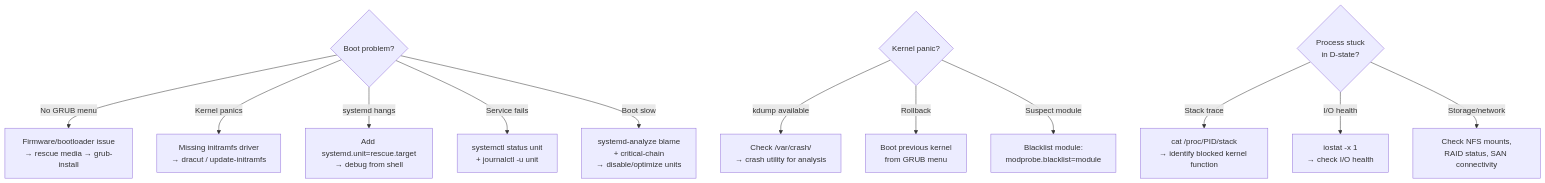
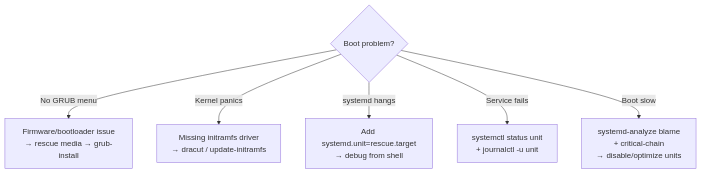
Before and after one commit to SanjeevMurthy/le-linux: the sixth of 8 diagrams in linux-notes/00-fundamentals/fundamentals.md, drawn with Mermaid.

Commit message:
Enhance fundamentals.md with troubleshooting diagrams
Added mermaid diagrams for kernel panic and process stuck troubleshooting.

````diff
--- a/linux-notes/00-fundamentals/fundamentals.md
+++ b/linux-notes/00-fundamentals/fundamentals.md
@@ -1108,19 +1108,9 @@
 ```mermaid
 flowchart TD
     BP{"Boot problem?"}
     BP -->|No GRUB menu| BP1["Firmware/bootloader issue\n→ rescue media → grub-install"]
     BP -->|Kernel panics| BP2["Missing initramfs driver\n→ dracut / update-initramfs"]
     BP -->|systemd hangs| BP3["Add systemd.unit=rescue.target\n→ debug from shell"]
     BP -->|Service fails| BP4["systemctl status unit\n+ journalctl -u unit"]
     BP -->|Boot slow| BP5["systemd-analyze blame\n+ critical-chain\n→ disable/optimize units"]
-
-    KP{"Kernel panic?"}
-    KP -->|kdump available| KP1["Check /var/crash/\n→ crash utility for analysis"]
-    KP -->|Rollback| KP2["Boot previous kernel\nfrom GRUB menu"]
-    KP -->|Suspect module| KP3["Blacklist module:\nmodprobe.blacklist=module"]
-
-    DS{"Process stuck\nin D-state?"}
-    DS -->|Stack trace| DS1["cat /proc/PID/stack\n→ identify blocked kernel function"]
-    DS -->|I/O health| DS2["iostat -x 1\n→ check I/O health"]
-    DS -->|Storage/network| DS3["Check NFS mounts,\nRAID status, SAN connectivity"]
 ```
````
